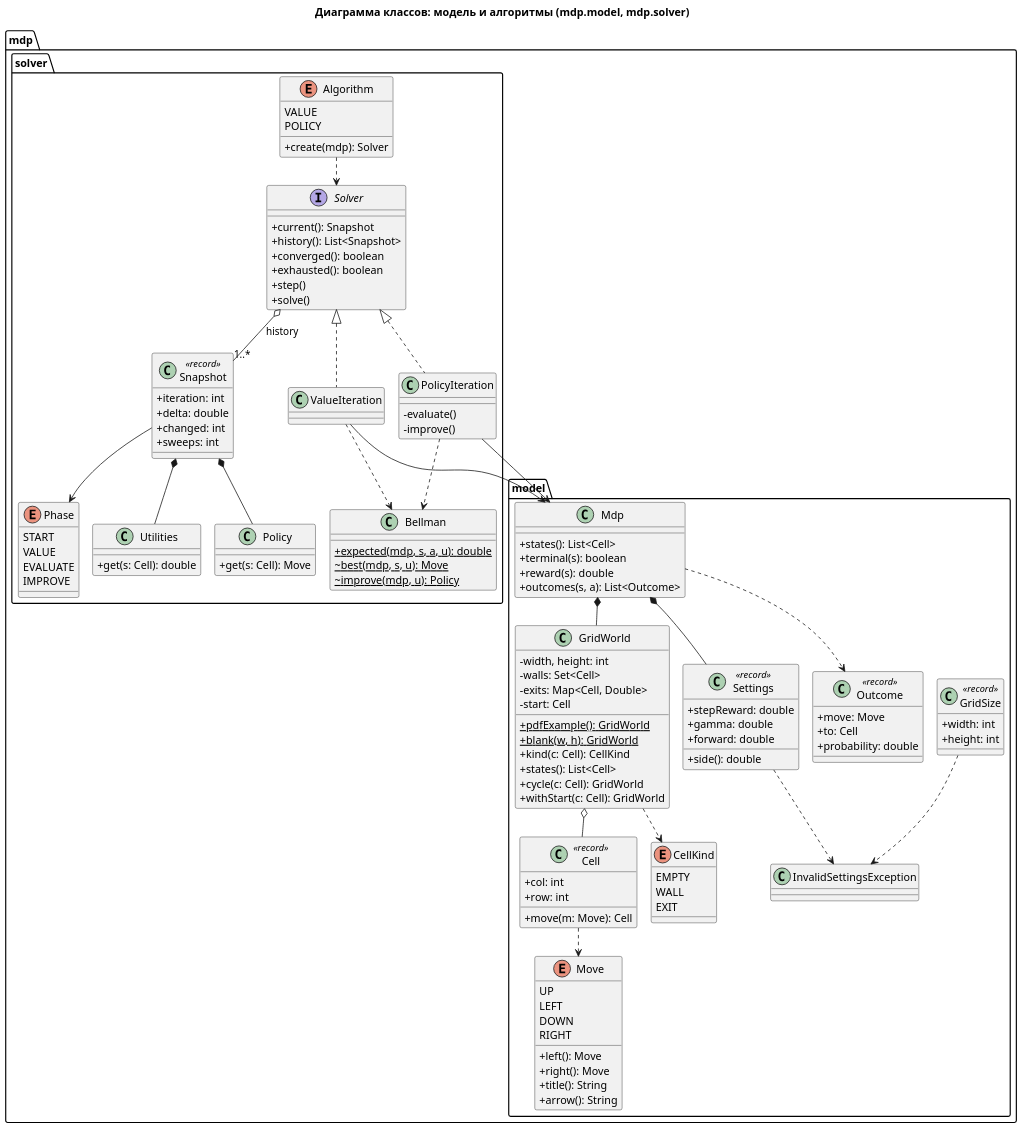
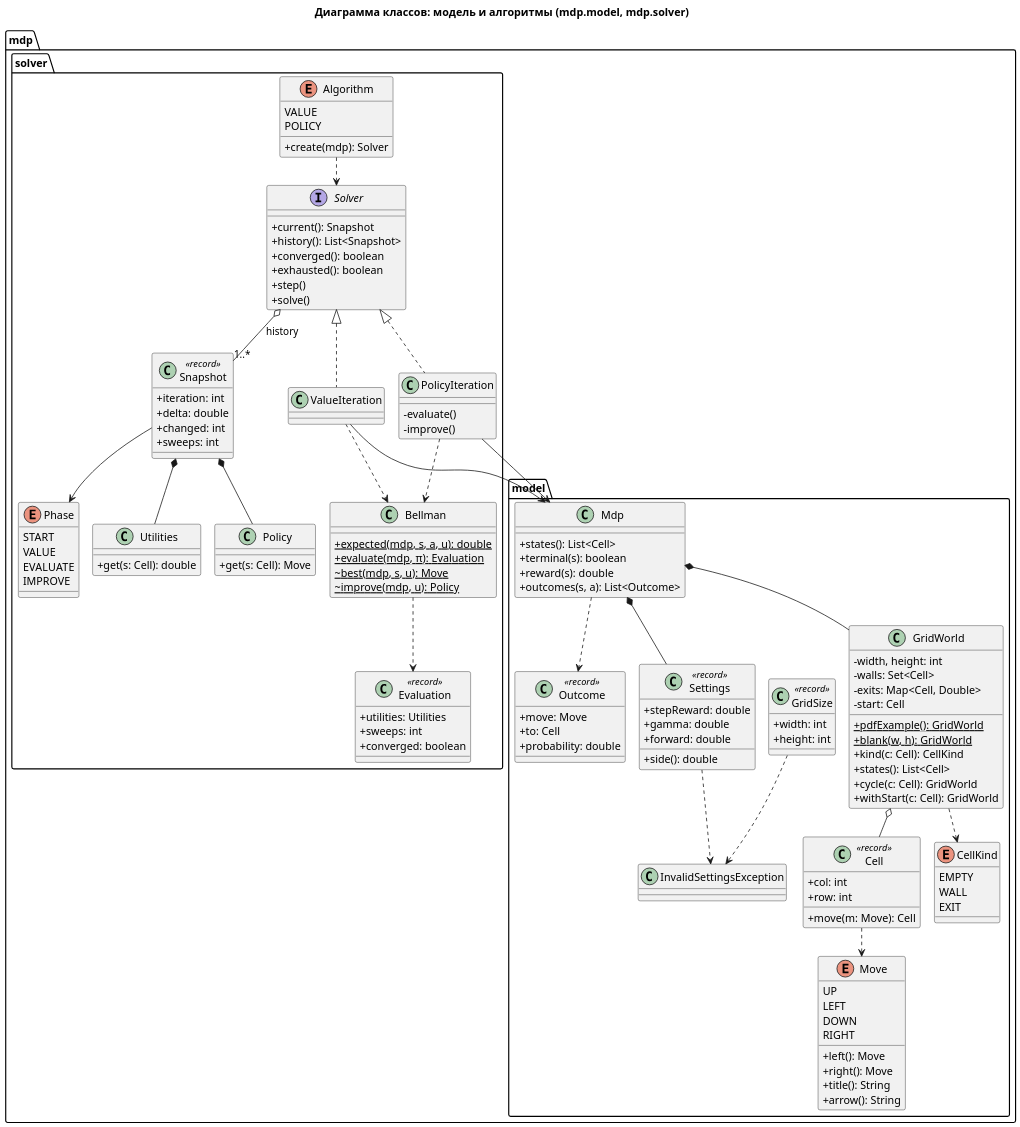
Before and after one commit to azamnz/stochastic-grid: the diagram in docs/uml/class_model.puml, drawn with PlantUML. The commit also changed 18 other files, not shown here.

```diff
--- a/docs/uml/class_model.puml
+++ b/docs/uml/class_model.puml
@@ -1,129 +1,136 @@
 @startuml class_model
 !pragma layout smetana
 skinparam dpi 150
 skinparam defaultFontName Arial
 skinparam shadowing false
 skinparam classAttributeIconSize 0
 title Диаграмма классов: модель и алгоритмы (mdp.model, mdp.solver)
 
 package mdp.model {
   enum Move {
     UP
     LEFT
     DOWN
     RIGHT
     +left(): Move
     +right(): Move
     +title(): String
     +arrow(): String
   }
   class Cell <<record>> {
     +col: int
     +row: int
     +move(m: Move): Cell
   }
   enum CellKind {
     EMPTY
     WALL
     EXIT
   }
   class GridWorld {
     -width, height: int
     -walls: Set<Cell>
     -exits: Map<Cell, Double>
     -start: Cell
     +{static} pdfExample(): GridWorld
     +{static} blank(w, h): GridWorld
     +kind(c: Cell): CellKind
     +states(): List<Cell>
     +cycle(c: Cell): GridWorld
     +withStart(c: Cell): GridWorld
   }
   class Settings <<record>> {
     +stepReward: double
     +gamma: double
     +forward: double
     +side(): double
   }
   class GridSize <<record>> {
     +width: int
     +height: int
   }
   class Outcome <<record>> {
     +move: Move
     +to: Cell
     +probability: double
   }
   class Mdp {
     +states(): List<Cell>
     +terminal(s): boolean
     +reward(s): double
     +outcomes(s, a): List<Outcome>
   }
   class InvalidSettingsException
 }
 
 package mdp.solver {
   interface Solver {
     +current(): Snapshot
     +history(): List<Snapshot>
     +converged(): boolean
     +exhausted(): boolean
     +step()
     +solve()
   }
   class ValueIteration
   class PolicyIteration {
     -evaluate()
     -improve()
   }
   enum Algorithm {
     VALUE
     POLICY
     +create(mdp): Solver
   }
   class Bellman {
     +{static} expected(mdp, s, a, u): double
+    +{static} evaluate(mdp, π): Evaluation
     ~{static} best(mdp, s, u): Move
     ~{static} improve(mdp, u): Policy
+  }
+  class Evaluation <<record>> {
+    +utilities: Utilities
+    +sweeps: int
+    +converged: boolean
   }
   class Snapshot <<record>> {
     +iteration: int
     +delta: double
     +changed: int
     +sweeps: int
   }
   enum Phase {
     START
     VALUE
     EVALUATE
     IMPROVE
   }
   class Utilities {
     +get(s: Cell): double
   }
   class Policy {
     +get(s: Cell): Move
   }
 }
 
 Cell ..> Move
 GridWorld o-- Cell
 GridWorld ..> CellKind
 Mdp *-- GridWorld
 Mdp *-- Settings
 Mdp ..> Outcome
 Settings ..> InvalidSettingsException
 GridSize ..> InvalidSettingsException
 Solver <|.. ValueIteration
 Solver <|.. PolicyIteration
 Algorithm ..> Solver
 ValueIteration --> Mdp
 PolicyIteration --> Mdp
 ValueIteration ..> Bellman
 PolicyIteration ..> Bellman
+Bellman ..> Evaluation
 Solver o-- "1..*" Snapshot : history
 Snapshot *-- Utilities
 Snapshot *-- Policy
 Snapshot --> Phase
 @enduml
```
